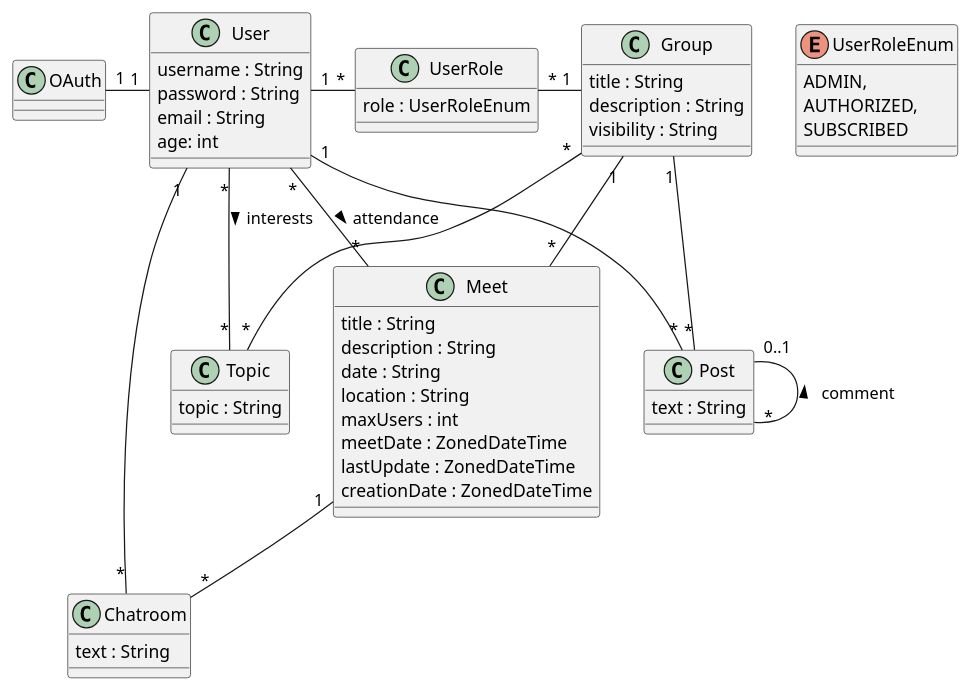
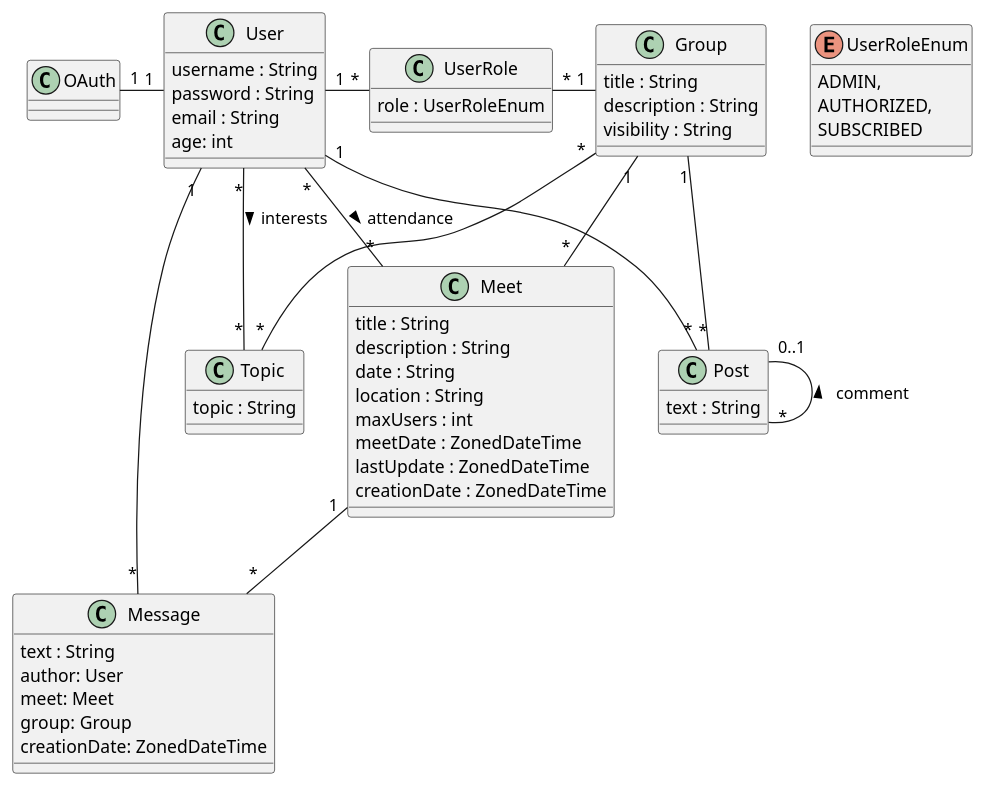
One commit to UdL-EPS-SoftArch/LinkApp-API changed the diagram in EntitiesModel.puml. Above: the diagram before and after it, drawn with PlantUML.

Commit message:
Message added to UML

```diff
--- a/EntitiesModel.puml
+++ b/EntitiesModel.puml
@@ -1,64 +1,68 @@
 @startuml
 
 class User {
   username : String
   password : String
   email : String
   age: int
 
 }
 class OAuth{
 }
 class Group {
     title : String
     description : String
     visibility : String
 }
 
 class Topic {
      topic : String
 }
 
 enum UserRoleEnum {
     ADMIN,
     AUTHORIZED,
     SUBSCRIBED
 }
 
 class UserRole {
      role : UserRoleEnum
 }
 
 class Post {
      text : String
 }
 
-class Chatroom {
-     text : String
-}
-
 class Meet {
     title : String
     description : String
     date : String
     location : String
     maxUsers : int
     meetDate : ZonedDateTime
     lastUpdate : ZonedDateTime
     creationDate : ZonedDateTime
 }
 
-User "1" --right-- "*" Chatroom
-Meet "1" -- "*" Chatroom
+class Message {
+     text : String
+     author: User
+     meet: Meet
+     group: Group
+     creationDate: ZonedDateTime
+}
+
+User "1" --right-- "*" Message
+Meet "1" -- "*" Message
 Group "*" --right-- "*" Topic
 Group "1" --left-- "*" UserRole
 User "1" --right-- "*" UserRole
 User "1" --left-- "1" OAuth
 Post "0..1" --right-- "*" Post : comment <
 User "*" -- "*" Topic : interests >
 User "1" --right-- "*" Post
 Group "1" -- "*" Post
 Group "1" -- "*" Meet
 User "*" --right-- "*" Meet : attendance >
 
 @enduml
```
